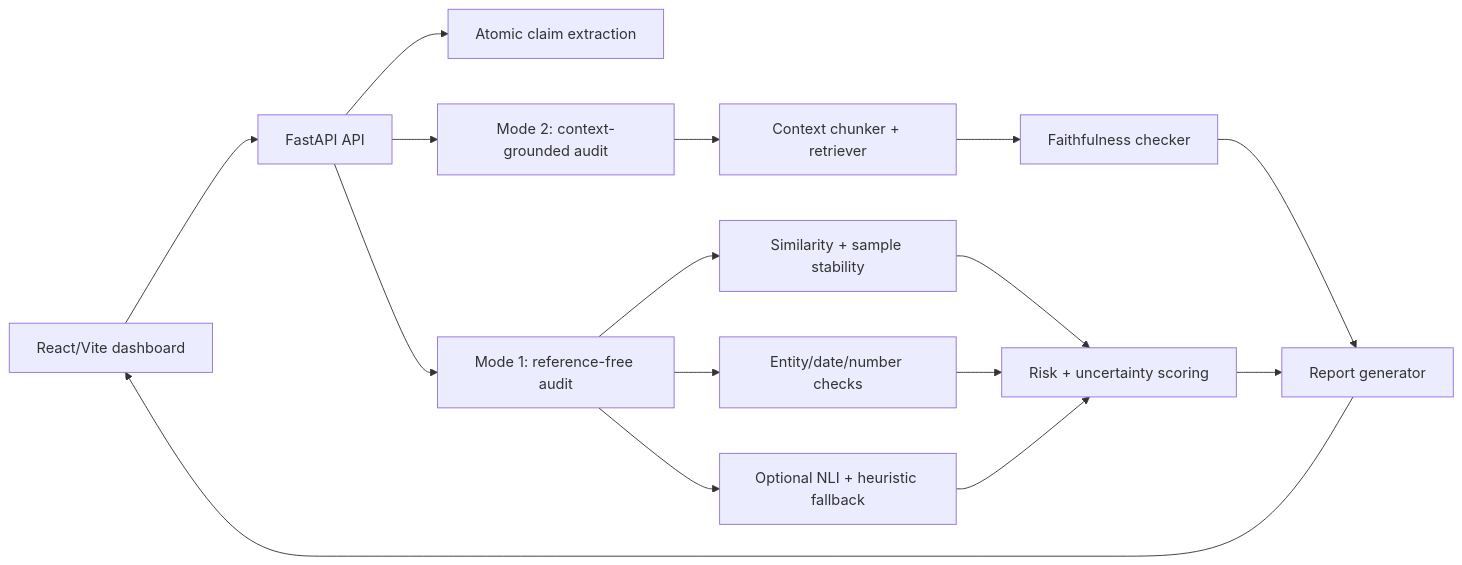
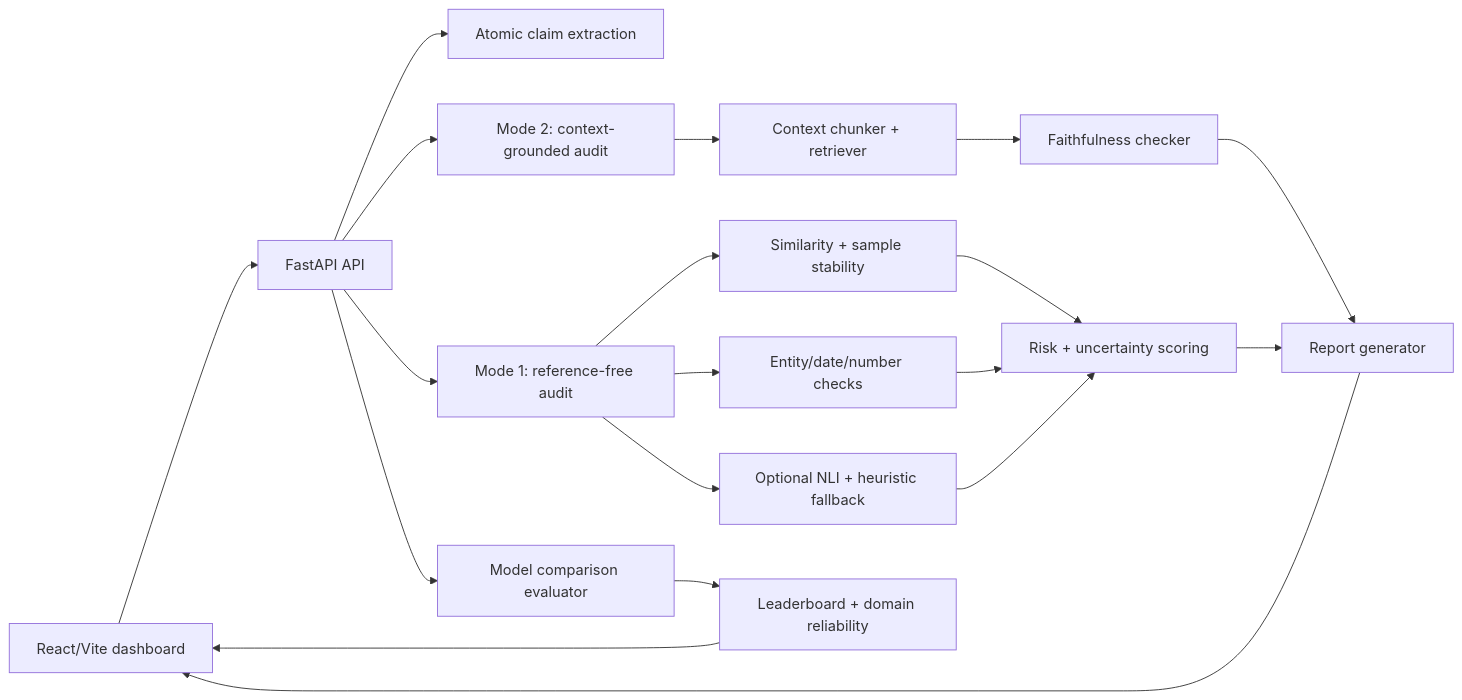
The diagram in README.md (priiyu12/HalluciGuard-AI), drawn with Mermaid before and after one commit. The commit also changed other lines of this file and 10 other files, not shown here.

Commit message:
Add model comparison lab

````diff
--- a/README.md
+++ b/README.md
@@ -23,18 +44,21 @@
 ```mermaid
 flowchart LR
   UI["React/Vite dashboard"] --> API["FastAPI API"]
   API --> Atomic["Atomic claim extraction"]
   API --> RefFree["Mode 1: reference-free audit"]
   API --> Context["Mode 2: context-grounded audit"]
   RefFree --> Similarity["Similarity + sample stability"]
   RefFree --> Entities["Entity/date/number checks"]
   RefFree --> NLI["Optional NLI + heuristic fallback"]
   Context --> Chunks["Context chunker + retriever"]
   Chunks --> Faith["Faithfulness checker"]
   Similarity --> Risk["Risk + uncertainty scoring"]
   Entities --> Risk
   NLI --> Risk
   Faith --> Report["Report generator"]
   Risk --> Report
+  API --> ModelLab["Model comparison evaluator"]
+  ModelLab --> Leaderboard["Leaderboard + domain reliability"]
   Report --> UI
+  Leaderboard --> UI
 ```
````
